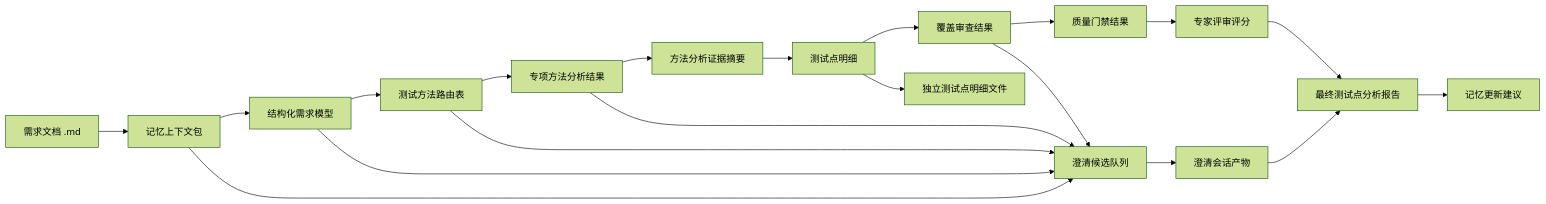
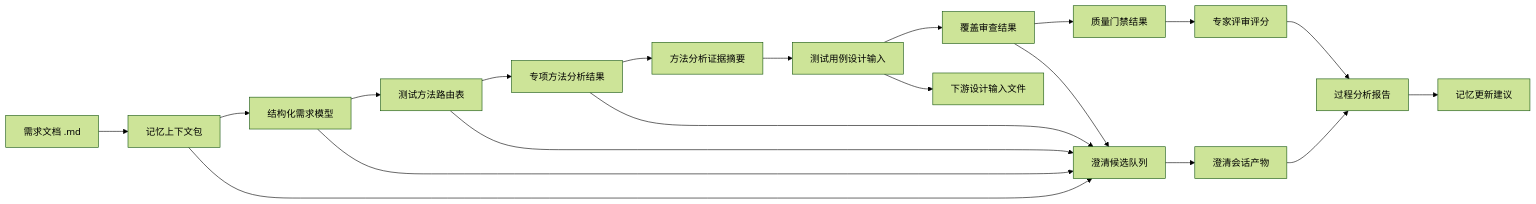
One commit to szluoqy-byte/Test-Analysis-Agent changed the seventh of 8 diagrams in docs/test-analysis-agent-design.md. Above: the diagram before and after it, drawn with Mermaid (forest theme). The commit also changed other lines of this file and 26 other files, not shown here.

````diff
--- a/docs/test-analysis-agent-design.md
+++ b/docs/test-analysis-agent-design.md
@@ -389,22 +391,22 @@
 ```mermaid
 flowchart LR
   A["需求文档 .md"] --> B["记忆上下文包"]
   B --> C["结构化需求模型"]
   C --> D["测试方法路由表"]
   D --> E["专项方法分析结果"]
   E --> EV["方法分析证据摘要"]
-  EV --> F["测试点明细"]
+  EV --> F["测试用例设计输入"]
   F --> G["覆盖审查结果"]
   G --> H["质量门禁结果"]
   H --> I["专家评审评分"]
-  I --> J["最终测试点分析报告"]
-  F --> DTL["独立测试点明细文件"]
+  I --> J["过程分析报告"]
+  F --> DTL["下游设计输入文件"]
   B --> CQ["澄清候选队列"]
   C --> CQ
   D --> CQ
   E --> CQ
   G --> CQ
   CQ --> CS["澄清会话产物"]
   CS --> J
   J --> K["记忆更新建议"]
 ```
````
